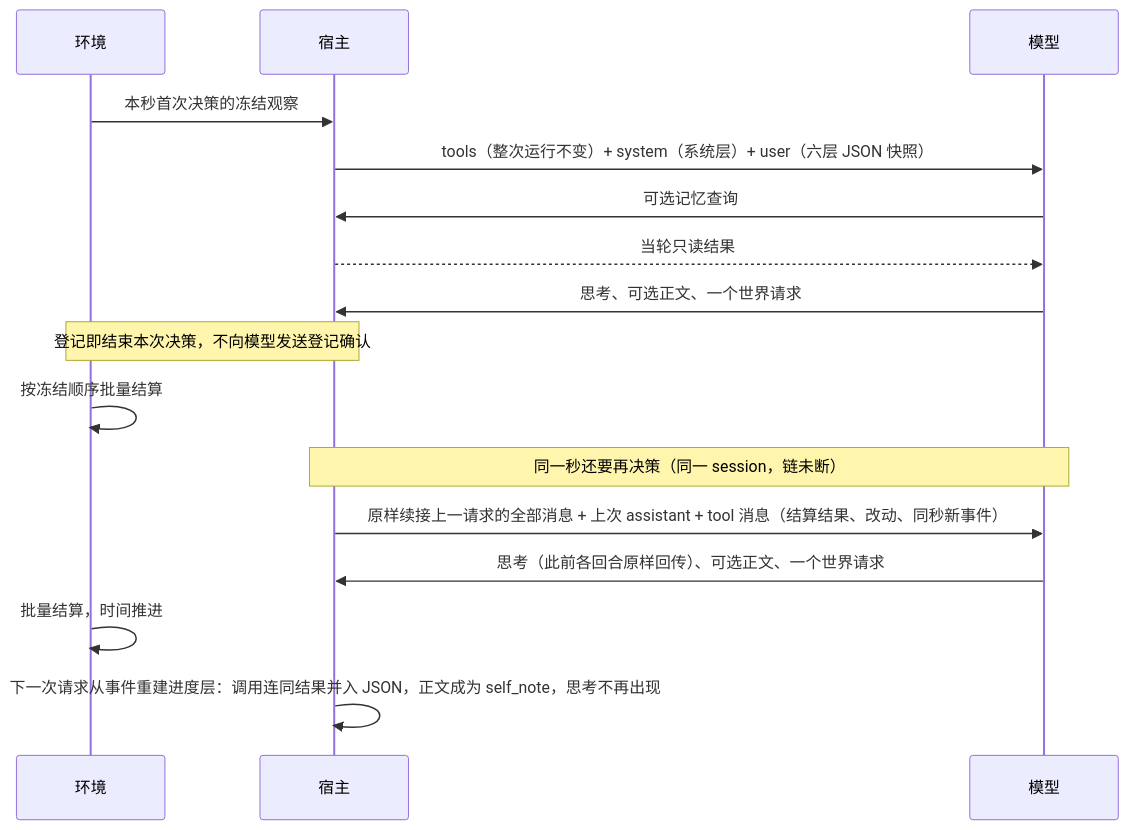
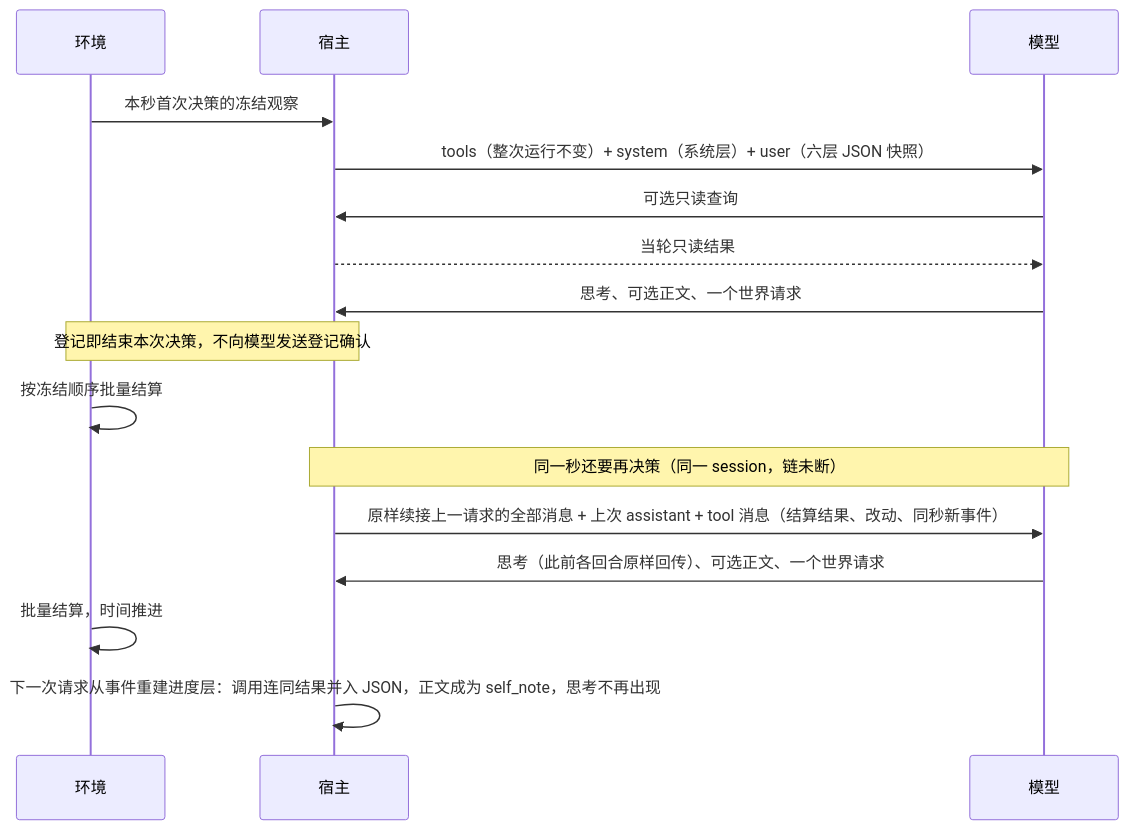
One commit to HoldThatThgt/WorldMock changed the diagram in docs/dev/SPEC-decision-context.md. Above: the diagram before and after it, drawn with Mermaid. The commit also changed other lines of this file and 266 other files, not shown here.

````diff
--- a/docs/dev/SPEC-decision-context.md
+++ b/docs/dev/SPEC-decision-context.md
@@ -13,18 +16,18 @@
 ```mermaid
 sequenceDiagram
     participant W as 环境
     participant H as 宿主
     participant L as 模型
     W->>H: 本秒首次决策的冻结观察
     H->>L: tools（整次运行不变）+ system（系统层）+ user（六层 JSON 快照）
-    L->>H: 可选记忆查询
+    L->>H: 可选只读查询
     H-->>L: 当轮只读结果
     L->>H: 思考、可选正文、一个世界请求
     Note over H,W: 登记即结束本次决策，不向模型发送登记确认
     W->>W: 按冻结顺序批量结算
     Note over H,L: 同一秒还要再决策（同一 session，链未断）
     H->>L: 原样续接上一请求的全部消息 + 上次 assistant + tool 消息（结算结果、改动、同秒新事件）
     L->>H: 思考（此前各回合原样回传）、可选正文、一个世界请求
     W->>W: 批量结算，时间推进
     H->>H: 下一次请求从事件重建进度层：调用连同结果并入 JSON，正文成为 self_note，思考不再出现
 ```
````
